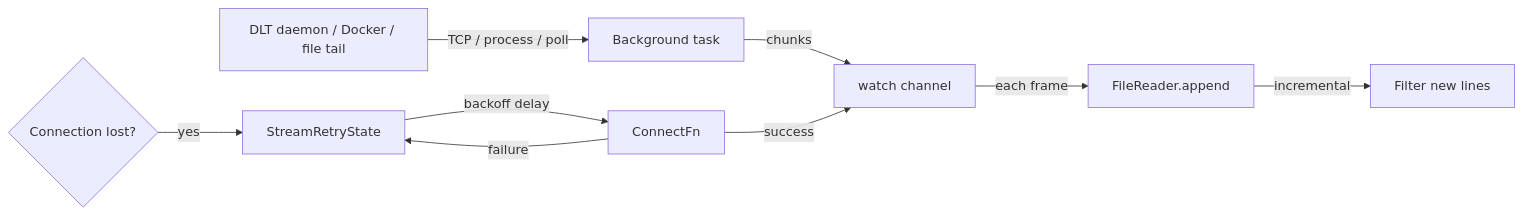
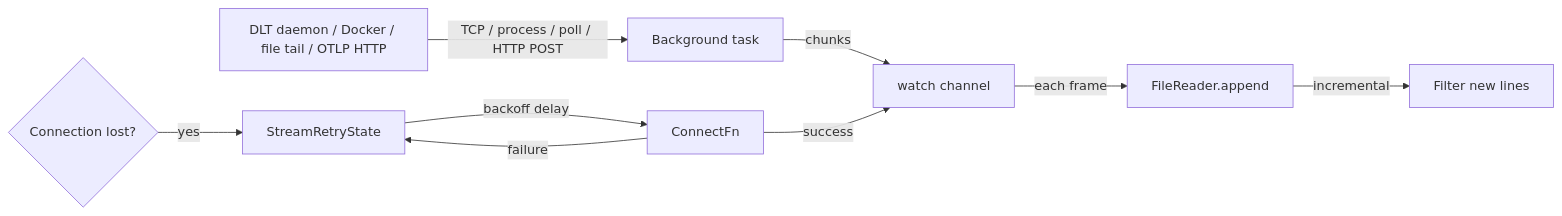
The fifth of 6 diagrams in ARCHITECTURE.md (pauloremoli/logana), drawn with Mermaid before and after one commit. The commit also changed other lines of this file and 13 other files, not shown here.

````diff
--- a/ARCHITECTURE.md
+++ b/ARCHITECTURE.md
@@ -107,12 +109,12 @@
 ```mermaid
 flowchart LR
-    Source[DLT daemon / Docker / file tail] -->|TCP / process / poll| BG[Background task]
+    Source[DLT daemon / Docker / file tail / OTLP HTTP] -->|TCP / process / poll / HTTP POST| BG[Background task]
     BG -->|chunks| WatchCh[watch channel]
     WatchCh -->|each frame| Append[FileReader.append]
     Append -->|incremental| Filter[Filter new lines]
 
     Fail{Connection lost?} -->|yes| Retry[StreamRetryState]
     Retry -->|backoff delay| Reconnect[ConnectFn]
     Reconnect -->|success| WatchCh
     Reconnect -->|failure| Retry
 ```
````
